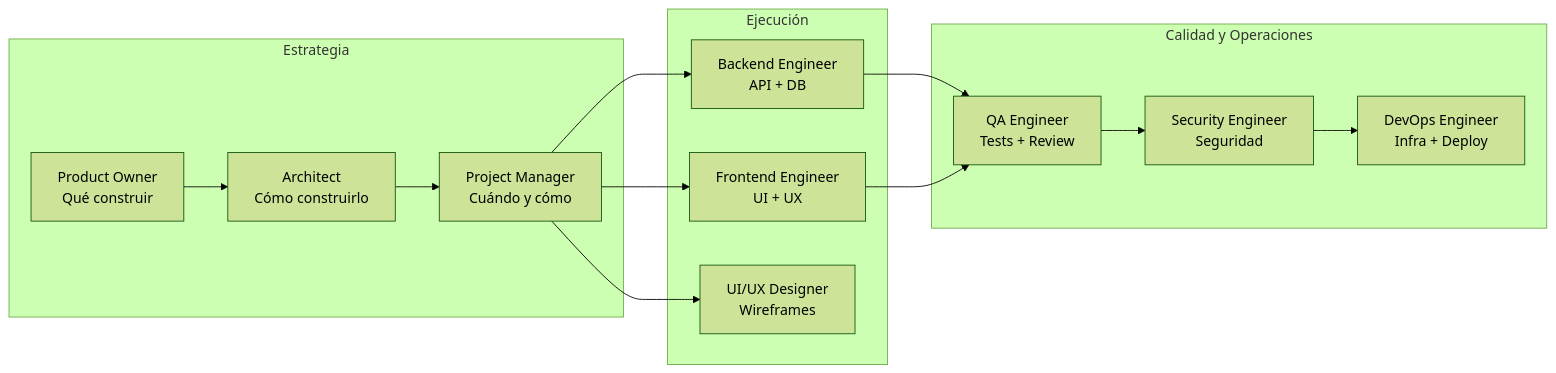
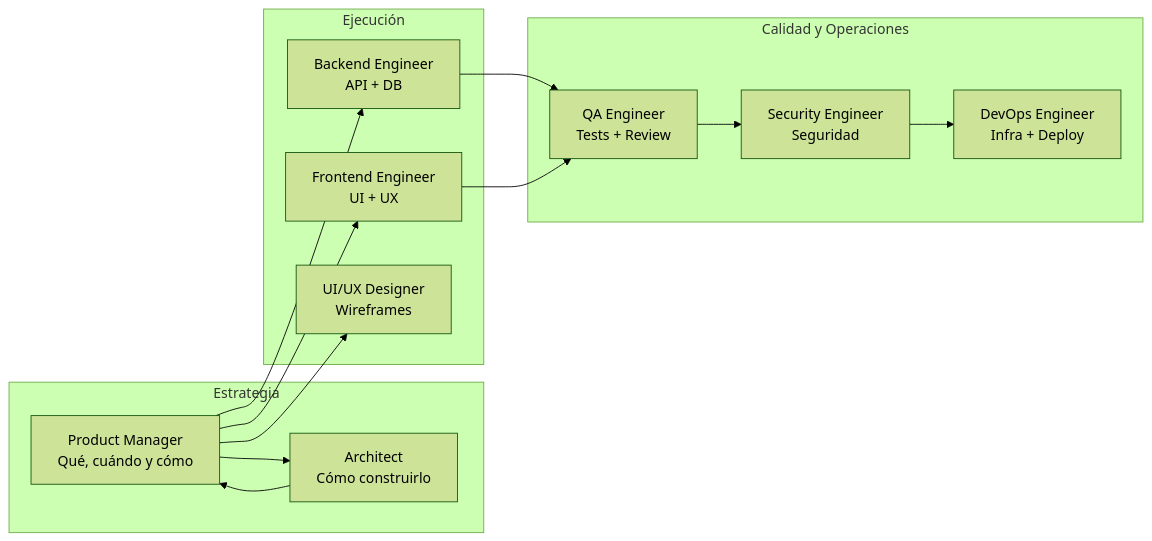
One commit to EJBereguete/claude-plugins changed the first of 2 diagrams in agteamos/docs/conceptos/filosofia-y-arquitectura.md. Above: the diagram before and after it, drawn with Mermaid (forest theme). The commit also changed other lines of this file and 134 other files, not shown here.

````diff
--- a/agteamos/docs/conceptos/filosofia-y-arquitectura.md
+++ b/agteamos/docs/conceptos/filosofia-y-arquitectura.md
@@ -47,25 +47,24 @@
 ```mermaid
 graph LR
     subgraph "Estrategia"
-        PO[Product Owner\nQué construir]
+        PM[Product Manager\nQué, cuándo y cómo]
         AR[Architect\nCómo construirlo]
-        PM[Project Manager\nCuándo y cómo]
     end
 
     subgraph "Ejecución"
         BE[Backend Engineer\nAPI + DB]
         FE[Frontend Engineer\nUI + UX]
         UX[UI/UX Designer\nWireframes]
     end
 
     subgraph "Calidad y Operaciones"
         QA[QA Engineer\nTests + Review]
         SE[Security Engineer\nSeguridad]
         DO[DevOps Engineer\nInfra + Deploy]
     end
 
-    PO --> AR --> PM
+    PM --> AR --> PM
     PM --> BE & FE & UX
     BE & FE --> QA
     QA --> SE --> DO
 ```
````
